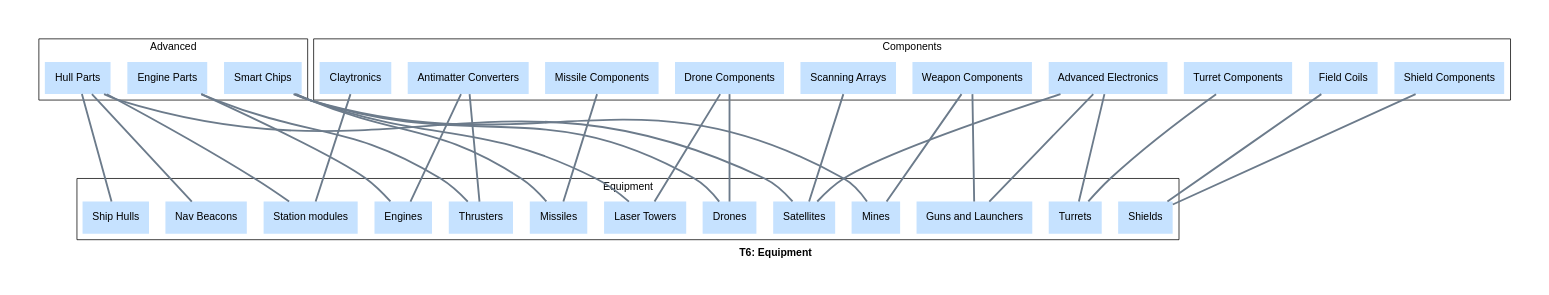
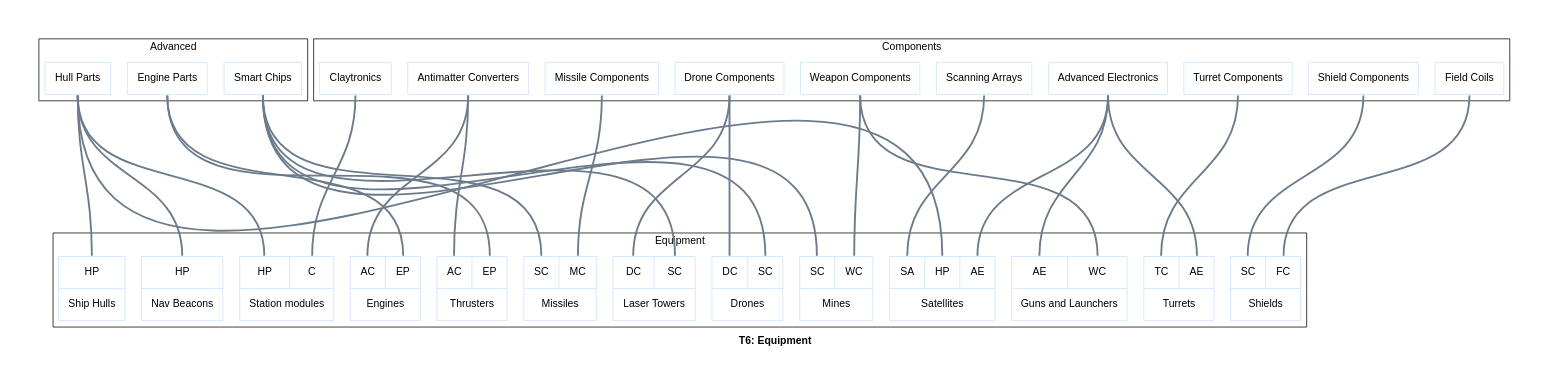
The diagram in docs/t6_equipment_graph.dot (borntyping/x4-diagrams), drawn with Graphviz before and after one commit. The commit also changed 81 other files, not shown here.

Commit message:
Record-type graphviz nodes showing inputs

```diff
--- a/docs/t6_equipment_graph.dot
+++ b/docs/t6_equipment_graph.dot
@@ -1,67 +1,68 @@
 graph "X4 Economy" {
+	edge [arrowType=normal]
 	compound=true fontname="Helvetica,Arial,sans-serif"
 	label=<<b>T6: Equipment</b>>
-	graph [nodesep=0.3 pad=0.5 ranksep=2]
-	node [color=slategray1 fontname="Helvetica,Arial,sans-serif" margin=0.2 penwidth=0 shape=record style=filled]
-	edge [fontname="Helvetica,Arial,sans-serif" penwidth=2.5]
+	graph [nodesep=0.3 pad=0.5 ranksep=3]
+	node [color=slategray1 fontname="Helvetica,Arial,sans-serif" margin=0.2 penwidth=1 shape=box]
+	edge [arrowhead=normal arrowtype=normal fontname="Helvetica,Arial,sans-serif" headport=n penwidth=2.5 tailport=s]
 	subgraph 4 {
 		cluster=true label=Advanced
-		"Hull Parts" [colour=lightsteelblue2 shape=box]
-		"Engine Parts" [colour=lightsteelblue2 shape=box]
-		"Smart Chips" [colour=lightsteelblue2 shape=box]
+		hull_parts [label="{<output> Hull Parts}" colour=lightsteelblue2 shape=record]
+		engine_parts [label="{<output> Engine Parts}" colour=lightsteelblue2 shape=record]
+		smart_chips [label="{<output> Smart Chips}" colour=lightsteelblue2 shape=record]
 	}
 	subgraph 5 {
 		cluster=true label=Components
-		"Drone Components" [colour=lightsteelblue2 shape=box]
-		"Turret Components" [colour=lightsteelblue2 shape=box]
-		"Missile Components" [colour=lightsteelblue2 shape=box]
-		"Field Coils" [colour=lightsteelblue2 shape=box]
-		"Shield Components" [colour=lightsteelblue2 shape=box]
-		"Antimatter Converters" [colour=lightsteelblue2 shape=box]
-		"Weapon Components" [colour=lightsteelblue2 shape=box]
-		"Scanning Arrays" [colour=orange1 shape=box]
-		Claytronics [colour=lightsteelblue2 shape=box]
-		"Advanced Electronics" [colour=lightsteelblue2 shape=box]
+		drone_components [label="{<output> Drone Components}" colour=lightsteelblue2 shape=record]
+		turret_components [label="{<output> Turret Components}" colour=lightsteelblue2 shape=record]
+		missile_components [label="{<output> Missile Components}" colour=lightsteelblue2 shape=record]
+		field_coils [label="{<output> Field Coils}" colour=lightsteelblue2 shape=record]
+		shield_components [label="{<output> Shield Components}" colour=lightsteelblue2 shape=record]
+		antimatter_converters [label="{<output> Antimatter Converters}" colour=lightsteelblue2 shape=record]
+		weapon_components [label="{<output> Weapon Components}" colour=lightsteelblue2 shape=record]
+		scanning_arrays [label="{<output> Scanning Arrays}" colour=orange1 shape=record]
+		claytronics [label="{<output> Claytronics}" colour=lightsteelblue2 shape=record]
+		advanced_electronics [label="{<output> Advanced Electronics}" colour=lightsteelblue2 shape=record]
 	}
 	subgraph 6 {
 		cluster=true label=Equipment
-		"Ship Hulls" [colour=lightsteelblue2 shape=box]
-		"Nav Beacons" [colour=lightsteelblue2 shape=box]
-		Missiles [colour=lightsteelblue2 shape=box]
-		"Station modules" [colour=hotpink1 shape=box]
-		Engines [colour=hotpink1 shape=box]
-		Thrusters [colour=hotpink1 shape=box]
-		Mines [colour=lightsteelblue2 shape=box]
-		Drones [colour=lightsteelblue2 shape=box]
-		"Laser Towers" [colour=lightsteelblue2 shape=box]
-		Shields [colour=hotpink1 shape=box]
-		Turrets [colour=hotpink1 shape=box]
-		"Guns and Launchers" [colour=hotpink1 shape=box]
-		Satellites [colour=lightsteelblue2 shape=box]
+		ship_hulls [label="{{<hull_parts> HP}|<output> Ship Hulls}" colour=lightsteelblue2 shape=record]
+		nav_beacons [label="{{<hull_parts> HP}|<output> Nav Beacons}" colour=lightsteelblue2 shape=record]
+		missiles [label="{{<smart_chips> SC|<missile_components> MC}|<output> Missiles}" colour=lightsteelblue2 shape=record]
+		station_modules [label="{{<hull_parts> HP|<claytronics> C}|<output> Station modules}" colour=hotpink1 shape=record]
+		engines [label="{{<antimatter_converters> AC|<engine_parts> EP}|<output> Engines}" colour=hotpink1 shape=record]
+		thrusters [label="{{<antimatter_converters> AC|<engine_parts> EP}|<output> Thrusters}" colour=hotpink1 shape=record]
+		mines [label="{{<smart_chips> SC|<weapon_components> WC}|<output> Mines}" colour=lightsteelblue2 shape=record]
+		drones [label="{{<drone_components> DC|<smart_chips> SC}|<output> Drones}" colour=lightsteelblue2 shape=record]
+		laser_towers [label="{{<drone_components> DC|<smart_chips> SC}|<output> Laser Towers}" colour=lightsteelblue2 shape=record]
+		shields [label="{{<shield_components> SC|<field_coils> FC}|<output> Shields}" colour=hotpink1 shape=record]
+		turrets [label="{{<turret_components> TC|<advanced_electronics> AE}|<output> Turrets}" colour=hotpink1 shape=record]
+		guns_and_launchers [label="{{<advanced_electronics> AE|<weapon_components> WC}|<output> Guns and Launchers}" colour=hotpink1 shape=record]
+		satellites [label="{{<scanning_arrays> SA|<hull_parts> HP|<advanced_electronics> AE}|<output> Satellites}" colour=lightsteelblue2 shape=record]
 	}
-	"Hull Parts" -- "Ship Hulls" [color=slategray4 constraint=true]
-	"Hull Parts" -- "Nav Beacons" [color=slategray4 constraint=true]
-	"Missile Components" -- Missiles [color=slategray4 constraint=true]
-	"Smart Chips" -- Missiles [color=slategray4 constraint=true]
-	"Hull Parts" -- "Station modules" [color=slategray4 constraint=true]
-	Claytronics -- "Station modules" [color=slategray4 constraint=true]
-	"Antimatter Converters" -- Engines [color=slategray4 constraint=true]
-	"Engine Parts" -- Engines [color=slategray4 constraint=true]
-	"Antimatter Converters" -- Thrusters [color=slategray4 constraint=true]
-	"Engine Parts" -- Thrusters [color=slategray4 constraint=true]
-	"Weapon Components" -- Mines [color=slategray4 constraint=true]
-	"Smart Chips" -- Mines [color=slategray4 constraint=true]
-	"Drone Components" -- Drones [color=slategray4 constraint=true]
-	"Smart Chips" -- Drones [color=slategray4 constraint=true]
-	"Drone Components" -- "Laser Towers" [color=slategray4 constraint=true]
-	"Smart Chips" -- "Laser Towers" [color=slategray4 constraint=true]
-	"Field Coils" -- Shields [color=slategray4 constraint=true]
-	"Shield Components" -- Shields [color=slategray4 constraint=true]
-	"Turret Components" -- Turrets [color=slategray4 constraint=true]
-	"Advanced Electronics" -- Turrets [color=slategray4 constraint=true]
-	"Advanced Electronics" -- "Guns and Launchers" [color=slategray4 constraint=true]
-	"Weapon Components" -- "Guns and Launchers" [color=slategray4 constraint=true]
-	"Scanning Arrays" -- Satellites [color=slategray4 constraint=true]
-	"Advanced Electronics" -- Satellites [color=slategray4 constraint=true]
-	"Hull Parts" -- Satellites [color=slategray4 constraint=true]
+	hull_parts:output:s -- ship_hulls:hull_parts:n [color=slategray4]
+	hull_parts:output:s -- nav_beacons:hull_parts:n [color=slategray4]
+	missile_components:output:s -- missiles:missile_components:n [color=slategray4]
+	smart_chips:output:s -- missiles:smart_chips:n [color=slategray4]
+	hull_parts:output:s -- station_modules:hull_parts:n [color=slategray4]
+	claytronics:output:s -- station_modules:claytronics:n [color=slategray4]
+	antimatter_converters:output:s -- engines:antimatter_converters:n [color=slategray4]
+	engine_parts:output:s -- engines:engine_parts:n [color=slategray4]
+	antimatter_converters:output:s -- thrusters:antimatter_converters:n [color=slategray4]
+	engine_parts:output:s -- thrusters:engine_parts:n [color=slategray4]
+	weapon_components:output:s -- mines:weapon_components:n [color=slategray4]
+	smart_chips:output:s -- mines:smart_chips:n [color=slategray4]
+	drone_components:output:s -- drones:drone_components:n [color=slategray4]
+	smart_chips:output:s -- drones:smart_chips:n [color=slategray4]
+	drone_components:output:s -- laser_towers:drone_components:n [color=slategray4]
+	smart_chips:output:s -- laser_towers:smart_chips:n [color=slategray4]
+	field_coils:output:s -- shields:field_coils:n [color=slategray4]
+	shield_components:output:s -- shields:shield_components:n [color=slategray4]
+	turret_components:output:s -- turrets:turret_components:n [color=slategray4]
+	advanced_electronics:output:s -- turrets:advanced_electronics:n [color=slategray4]
+	advanced_electronics:output:s -- guns_and_launchers:advanced_electronics:n [color=slategray4]
+	weapon_components:output:s -- guns_and_launchers:weapon_components:n [color=slategray4]
+	scanning_arrays:output:s -- satellites:scanning_arrays:n [color=slategray4]
+	advanced_electronics:output:s -- satellites:advanced_electronics:n [color=slategray4]
+	hull_parts:output:s -- satellites:hull_parts:n [color=slategray4]
 }
```
